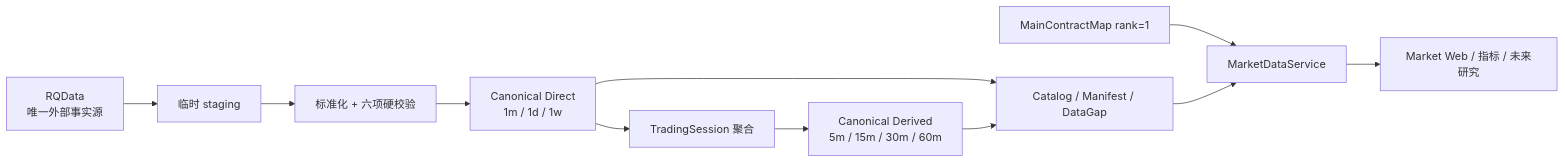
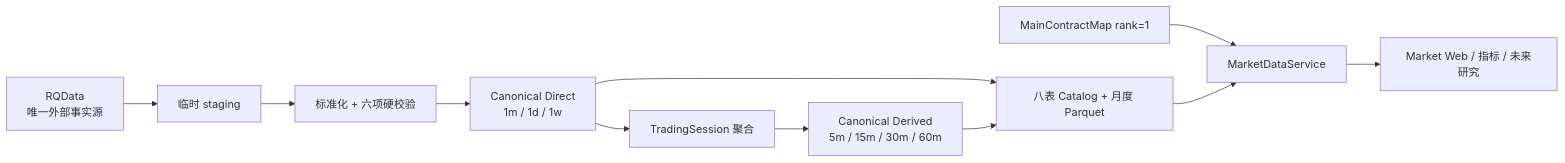
The second of 2 diagrams in docs/ARCHITECTURE.md (firehell/guiyi-quant-workstation), drawn with Mermaid before and after one commit. The commit also changed other lines of this file and 14 other files, not shown here.

````diff
--- a/docs/ARCHITECTURE.md
+++ b/docs/ARCHITECTURE.md
@@ -59,13 +58,13 @@
 ```mermaid
 flowchart LR
     RQ["RQData<br/>唯一外部事实源"] --> ST["临时 staging"]
     ST --> V["标准化 + 六项硬校验"]
     V --> DD["Canonical Direct<br/>1m / 1d / 1w"]
     DD --> AG["TradingSession 聚合"]
     AG --> DV["Canonical Derived<br/>5m / 15m / 30m / 60m"]
-    DD --> CAT["Catalog / Manifest / DataGap"]
+    DD --> CAT["八表 Catalog + 月度 Parquet"]
     DV --> CAT
     MAP["MainContractMap rank=1"] --> MDS["MarketDataService"]
     CAT --> MDS
     MDS --> CON["Market Web / 指标 / 未来研究"]
 ```
````
